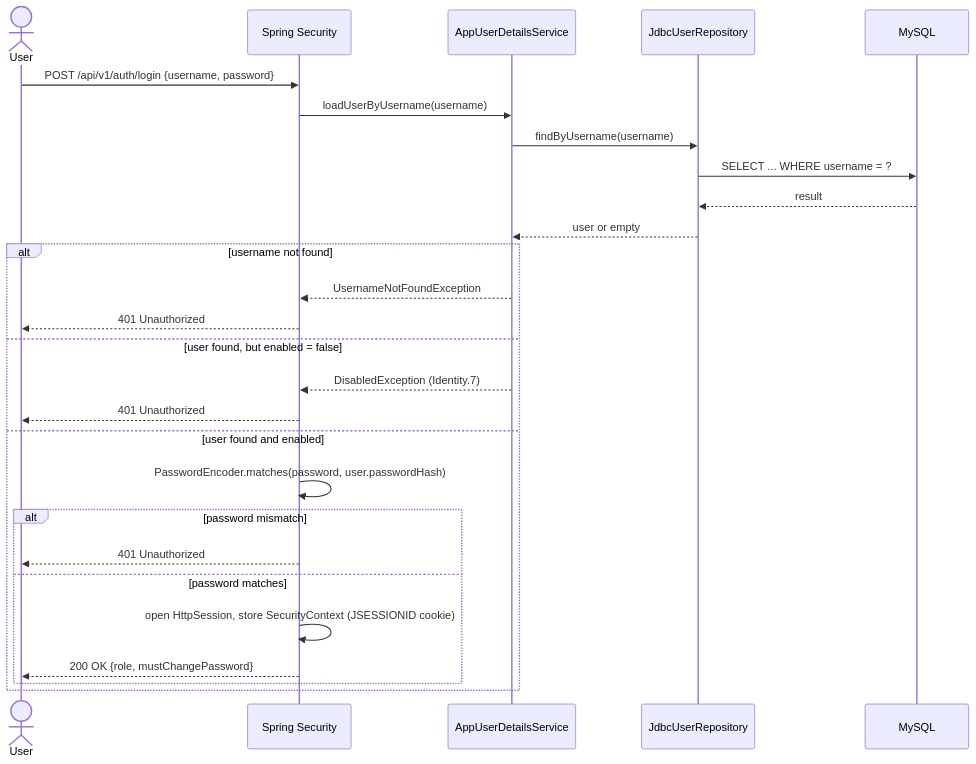
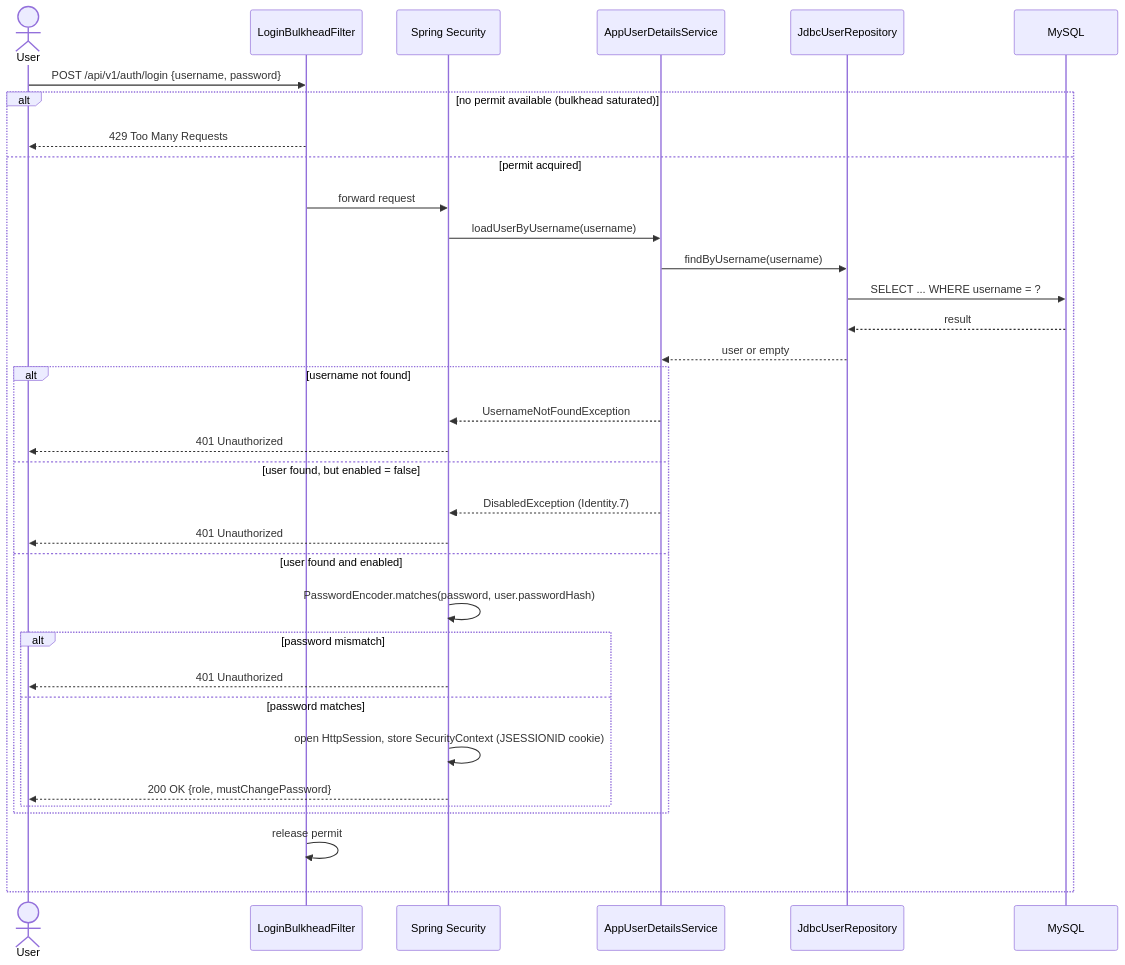
One commit to phuchoang2005/Student-Management-System changed the sixth of 9 diagrams in docs-v00/SA-docs/04-authentication-authorization.md. Above: the diagram before and after it, drawn with Mermaid. The commit also changed other lines of this file and 16 other files, not shown here.

````diff
--- a/docs-v00/SA-docs/04-authentication-authorization.md
+++ b/docs-v00/SA-docs/04-authentication-authorization.md
@@ -264,30 +264,37 @@
 ```mermaid
 sequenceDiagram
     actor User
+    participant Bulk as LoginBulkheadFilter
     participant Sec as Spring Security
     participant UDS as AppUserDetailsService
     participant Repo as JdbcUserRepository
     participant DB as MySQL
 
-    User->>Sec: POST /api/v1/auth/login {username, password}
-    Sec->>UDS: loadUserByUsername(username)
-    UDS->>Repo: findByUsername(username)
-    Repo->>DB: SELECT ... WHERE username = ?
-    DB-->>Repo: result
-    Repo-->>UDS: user or empty
-    alt username not found
-        UDS-->>Sec: UsernameNotFoundException
-        Sec-->>User: 401 Unauthorized
-    else user found, but enabled = false
-        UDS-->>Sec: DisabledException (Identity.7)
-        Sec-->>User: 401 Unauthorized
-    else user found and enabled
-        Sec->>Sec: PasswordEncoder.matches(password, user.passwordHash)
-        alt password mismatch
+    User->>Bulk: POST /api/v1/auth/login {username, password}
+    alt no permit available (bulkhead saturated)
+        Bulk-->>User: 429 Too Many Requests
+    else permit acquired
+        Bulk->>Sec: forward request
+        Sec->>UDS: loadUserByUsername(username)
+        UDS->>Repo: findByUsername(username)
+        Repo->>DB: SELECT ... WHERE username = ?
+        DB-->>Repo: result
+        Repo-->>UDS: user or empty
+        alt username not found
+            UDS-->>Sec: UsernameNotFoundException
             Sec-->>User: 401 Unauthorized
-        else password matches
-            Sec->>Sec: open HttpSession, store SecurityContext (JSESSIONID cookie)
-            Sec-->>User: 200 OK {role, mustChangePassword}
+        else user found, but enabled = false
+            UDS-->>Sec: DisabledException (Identity.7)
+            Sec-->>User: 401 Unauthorized
+        else user found and enabled
+            Sec->>Sec: PasswordEncoder.matches(password, user.passwordHash)
+            alt password mismatch
+                Sec-->>User: 401 Unauthorized
+            else password matches
+                Sec->>Sec: open HttpSession, store SecurityContext (JSESSIONID cookie)
+                Sec-->>User: 200 OK {role, mustChangePassword}
+            end
         end
+        Bulk->>Bulk: release permit
     end
 ```
````
